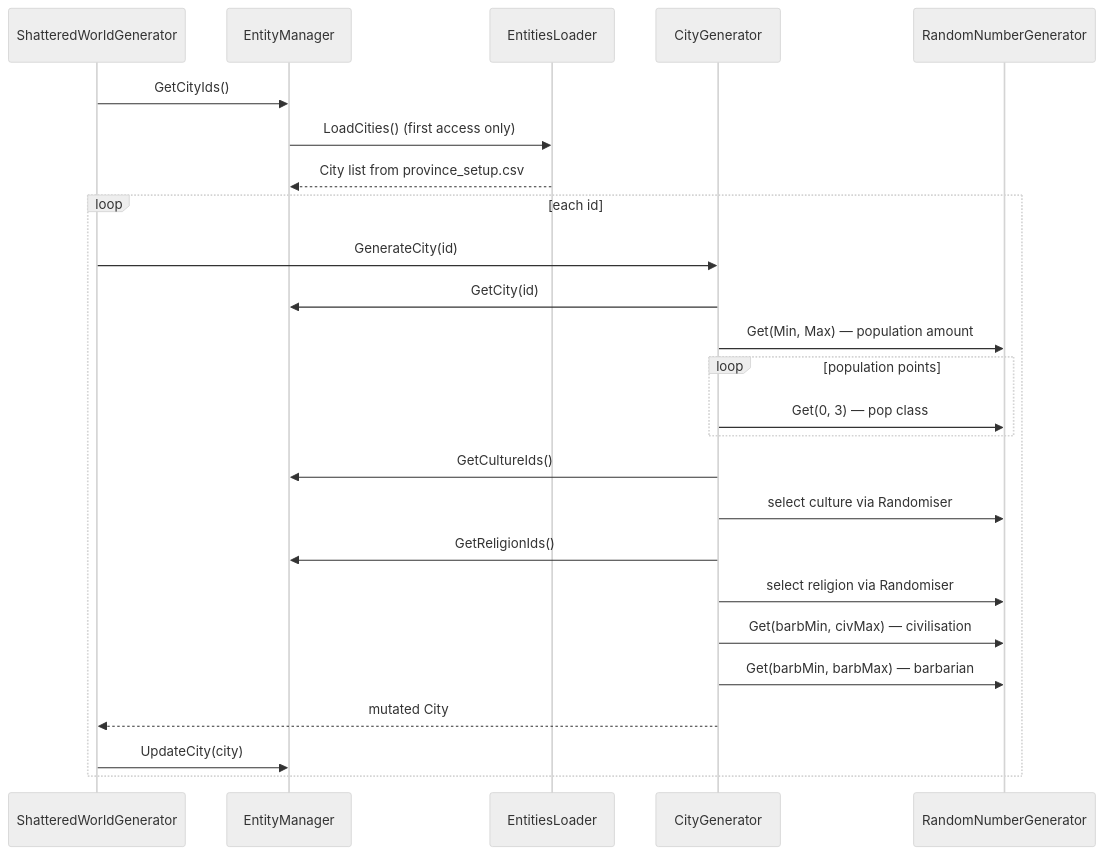
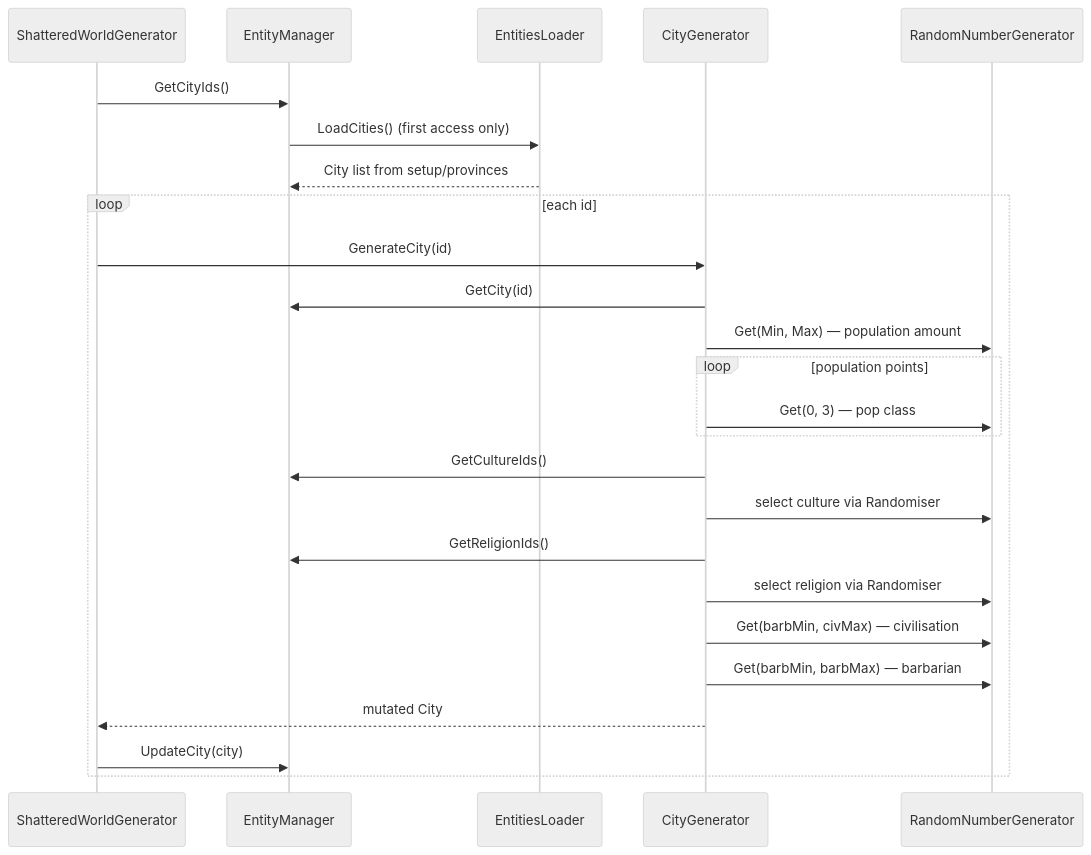
Before and after one commit to hmlendea/imperator-shattered-world-generator: the diagram in docs/flows/city-randomisation-flow.md, drawn with Mermaid (neutral theme). The commit also changed 30 other files, not shown here.

````diff
--- a/docs/flows/city-randomisation-flow.md
+++ b/docs/flows/city-randomisation-flow.md
@@ -9,28 +9,28 @@
 ```mermaid
 sequenceDiagram
     participant S as ShatteredWorldGenerator
     participant M as EntityManager
     participant L as EntitiesLoader
     participant C as CityGenerator
     participant R as RandomNumberGenerator
 
     S->>M: GetCityIds()
     M->>L: LoadCities() (first access only)
-    L-->>M: City list from province_setup.csv
+    L-->>M: City list from setup/provinces
     loop each id
         S->>C: GenerateCity(id)
         C->>M: GetCity(id)
         C->>R: Get(Min, Max) — population amount
         loop population points
             C->>R: Get(0, 3) — pop class
         end
         C->>M: GetCultureIds()
         C->>R: select culture via Randomiser
         C->>M: GetReligionIds()
         C->>R: select religion via Randomiser
         C->>R: Get(barbMin, civMax) — civilisation
         C->>R: Get(barbMin, barbMax) — barbarian
         C-->>S: mutated City
         S->>M: UpdateCity(city)
     end
 ```
````
